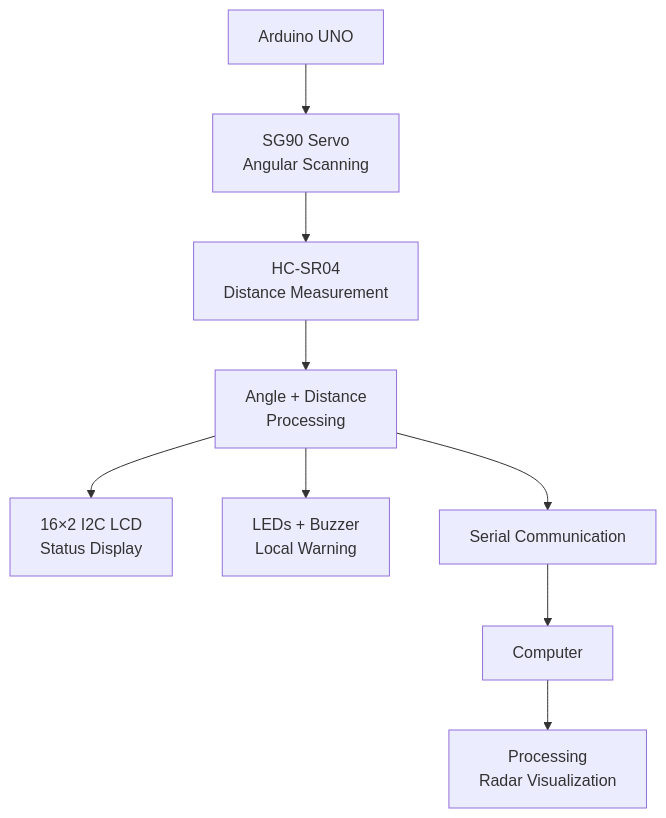
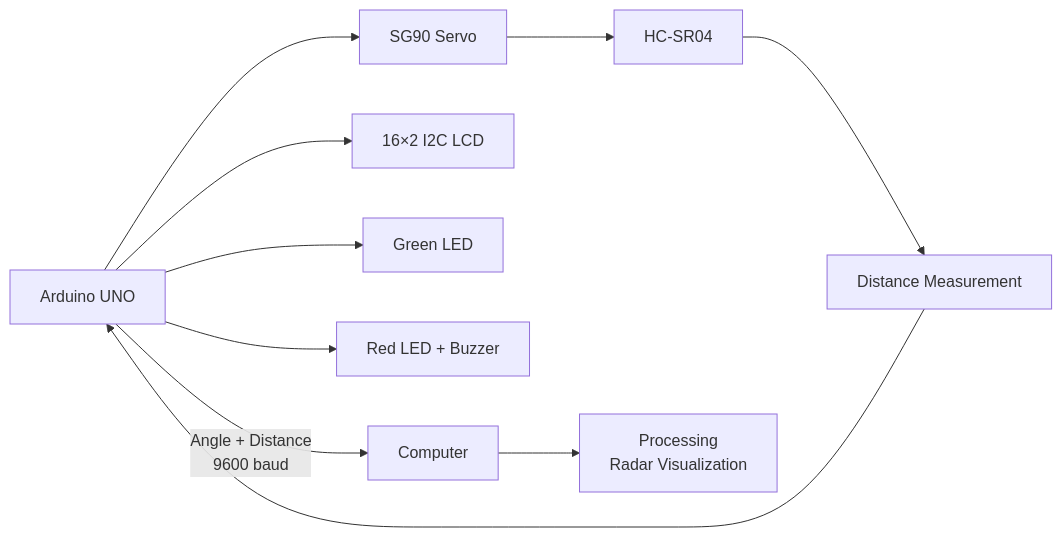
The diagram in README.md (amanshukla87/Arduino-Based-Radar-System-for-Object-Detection), drawn with Mermaid before and after one commit. The commit also changed other lines of this file, not shown here.

````diff
--- a/README.md
+++ b/README.md
@@ -76,24 +108,14 @@
 ```mermaid
-flowchart TB
-    ARDUINO["Arduino UNO"]
+flowchart LR
+    A["Arduino UNO"] --> B["SG90 Servo"]
+    B --> C["HC-SR04"]
+    C --> D["Distance Measurement"]
+    D --> A
 
-    SERVO["SG90 Servo<br/>Angular Scanning"]
-    SENSOR["HC-SR04<br/>Distance Measurement"]
+    A --> E["16×2 I2C LCD"]
+    A --> F["Green LED"]
+    A --> G["Red LED + Buzzer"]
 
-    PROCESS["Angle + Distance<br/>Processing"]
-
-    LCD["16×2 I2C LCD<br/>Status Display"]
-    ALERT["LEDs + Buzzer<br/>Local Warning"]
-    SERIAL["Serial Communication"]
-    PC["Computer"]
-    VISUAL["Processing<br/>Radar Visualization"]
-
-    ARDUINO --> SERVO
-    SERVO --> SENSOR
-    SENSOR --> PROCESS
-    PROCESS --> LCD
-    PROCESS --> ALERT
-    PROCESS --> SERIAL
-    SERIAL --> PC
-    PC --> VISUAL
+    A -->|"Angle + Distance<br/>9600 baud"| H["Computer"]
+    H --> I["Processing<br/>Radar Visualization"]
 ```
````
